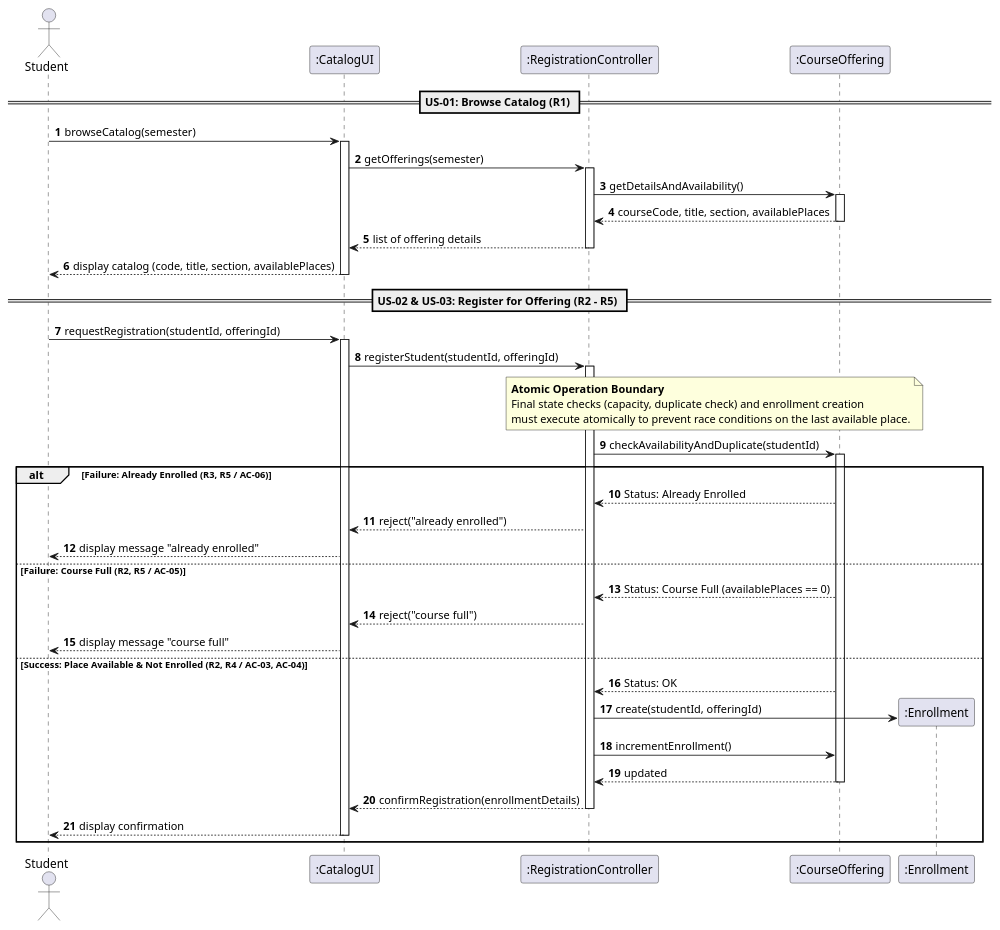
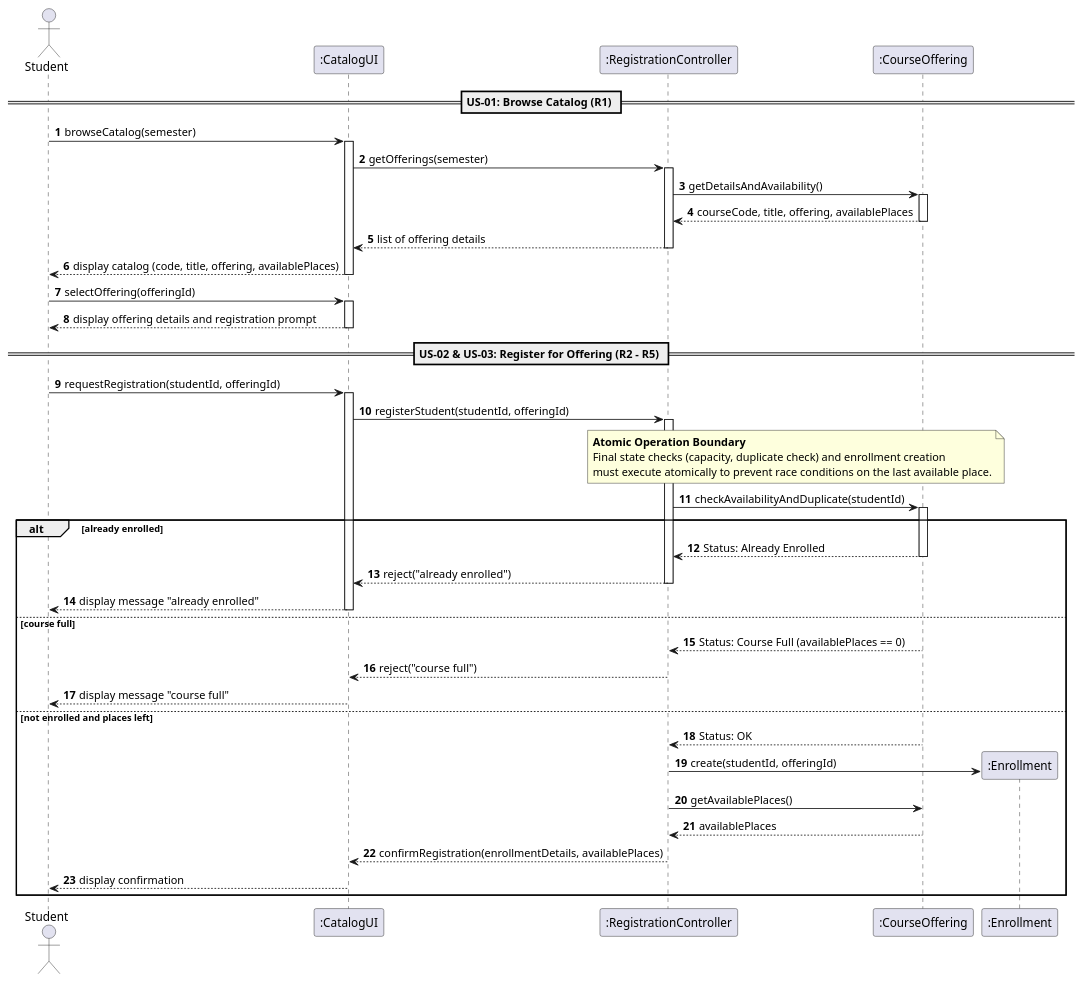
Before and after one commit to nurassylgalym/se-practice: the diagram in sis-02/models/sequence.puml, drawn with PlantUML. The commit also changed 6 other files, not shown here.

```diff
--- a/sis-02/models/sequence.puml
+++ b/sis-02/models/sequence.puml
@@ -5,60 +5,71 @@
 @startuml
 autonumber
 actor "Student" as student
 participant ":CatalogUI" as ui
 participant ":RegistrationController" as controller
 participant ":CourseOffering" as offering
 participant ":Enrollment" as enrollment
 
 == US-01: Browse Catalog (R1) ==
 student -> ui : browseCatalog(semester)
 activate ui
 ui -> controller : getOfferings(semester)
 activate controller
 controller -> offering : getDetailsAndAvailability()
 activate offering
-offering --> controller : courseCode, title, section, availablePlaces
+offering --> controller : courseCode, title, offering, availablePlaces
 deactivate offering
 controller --> ui : list of offering details
 deactivate controller
-ui --> student : display catalog (code, title, section, availablePlaces)
+ui --> student : display catalog (code, title, offering, availablePlaces)
+deactivate ui
+
+student -> ui : selectOffering(offeringId)
+activate ui
+ui --> student : display offering details and registration prompt
 deactivate ui
 
 == US-02 & US-03: Register for Offering (R2 - R5) ==
 student -> ui : requestRegistration(studentId, offeringId)
 activate ui
 ui -> controller : registerStudent(studentId, offeringId)
 activate controller
 
 note over controller, offering
   <b>Atomic Operation Boundary</b>
   Final state checks (capacity, duplicate check) and enrollment creation
   must execute atomically to prevent race conditions on the last available place.
 end note
 
 controller -> offering : checkAvailabilityAndDuplicate(studentId)
 activate offering
 
-alt Failure: Already Enrolled (R3, R5 / AC-06)
+alt already enrolled
     offering --> controller : Status: Already Enrolled
+    deactivate offering
     controller --> ui : reject("already enrolled")
+    deactivate controller
     ui --> student : display message "already enrolled"
+    deactivate ui
 
-else Failure: Course Full (R2, R5 / AC-05)
+else course full
     offering --> controller : Status: Course Full (availablePlaces == 0)
+    deactivate offering
     controller --> ui : reject("course full")
+    deactivate controller
     ui --> student : display message "course full"
+    deactivate ui
 
-else Success: Place Available & Not Enrolled (R2, R4 / AC-03, AC-04)
+else not enrolled and places left
     offering --> controller : Status: OK
     controller -> enrollment ** : create(studentId, offeringId)
-    controller -> offering : incrementEnrollment()
-    offering --> controller : updated
+    controller -> offering : getAvailablePlaces()
+    offering --> controller : availablePlaces
     deactivate offering
-    controller --> ui : confirmRegistration(enrollmentDetails)
+    controller --> ui : confirmRegistration(enrollmentDetails, availablePlaces)
     deactivate controller
     ui --> student : display confirmation
     deactivate ui
 end
 
 @enduml
```
